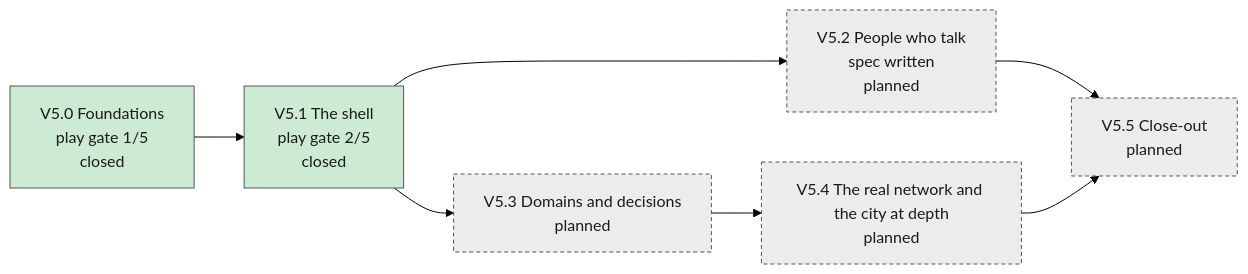
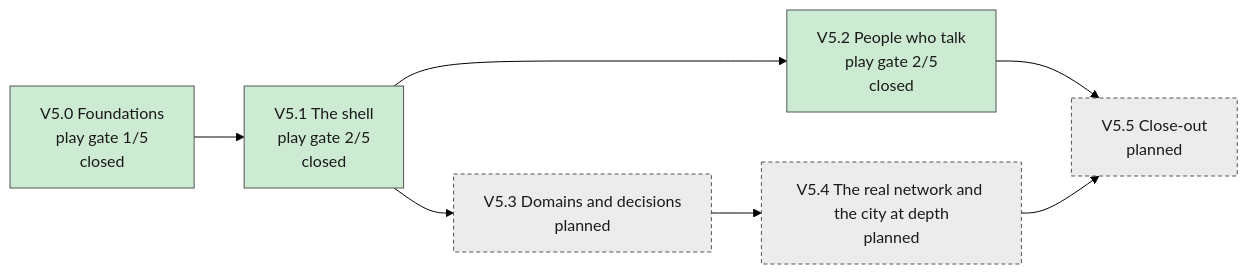
The first of 2 diagrams in docs/tiers/v5.md (powerbassist/World-simulator), drawn with Mermaid (forest theme) before and after one commit. The commit also changed other lines of this file and 3 other files, not shown here.

````diff
--- a/docs/tiers/v5.md
+++ b/docs/tiers/v5.md
@@ -58,19 +66,19 @@
 ```mermaid
 flowchart LR
   V50["V5.0 Foundations<br/>play gate 1/5<br/>closed"]:::closed
   V51["V5.1 The shell<br/>play gate 2/5<br/>closed"]:::closed
-  V52["V5.2 People who talk<br/>spec written<br/>planned"]:::planned
+  V52["V5.2 People who talk<br/>play gate 2/5<br/>closed"]:::closed
   V53["V5.3 Domains and decisions<br/>planned"]:::planned
   V54["V5.4 The real network and the city at depth<br/>planned"]:::planned
   V55["V5.5 Close-out<br/>planned"]:::planned
   V50 --> V51
   V51 --> V52
   V51 --> V53
   V53 --> V54
   V52 --> V55
   V54 --> V55
   classDef closed fill:#cdebd3,stroke:#555,color:#1a1a1a
   classDef built fill:#cfe3f7,stroke:#555,color:#1a1a1a
   classDef inprogress fill:#f3e7b5,stroke:#555,color:#1a1a1a
   classDef planned fill:#ececec,stroke:#555,color:#1a1a1a,stroke-dasharray:4 3
 ```
````
